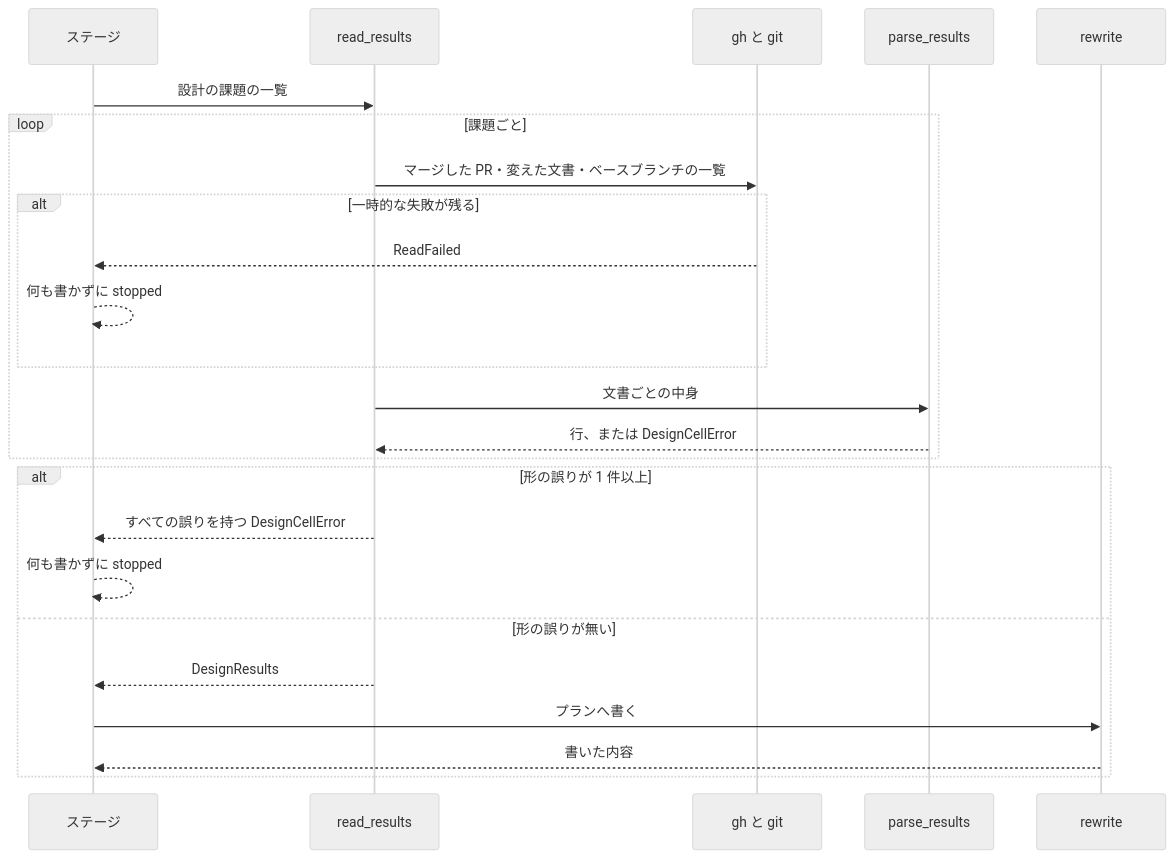
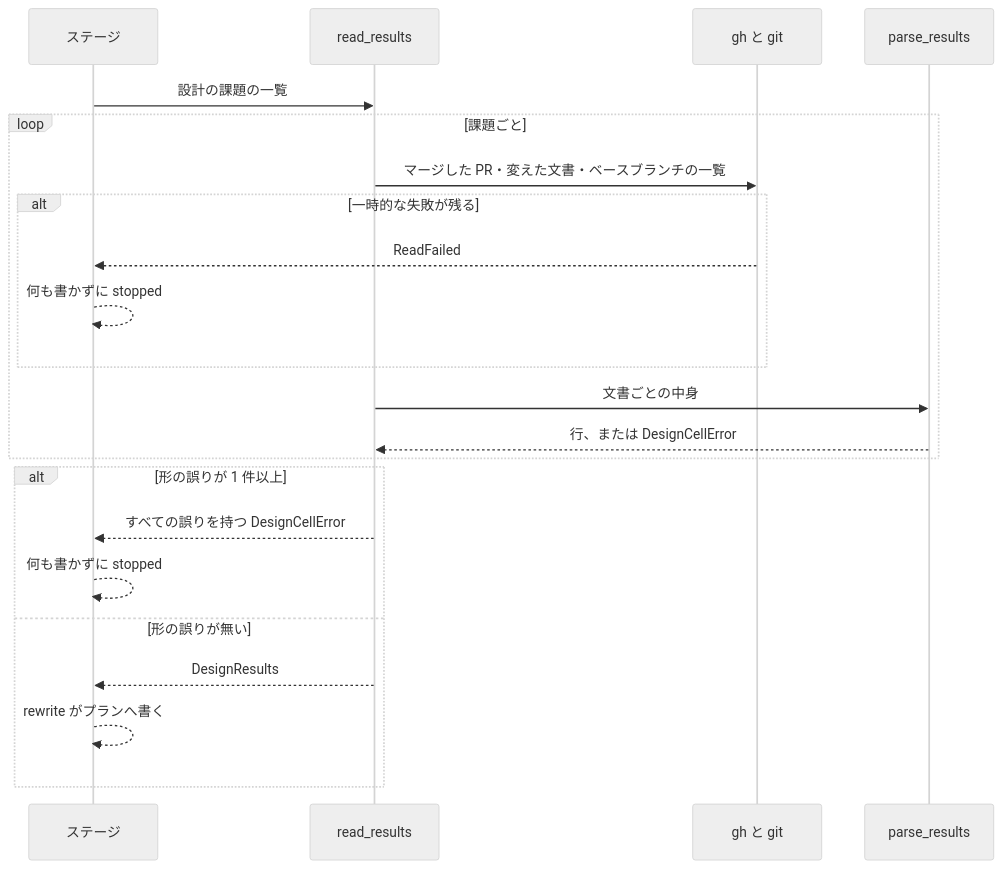
The third of 3 diagrams in issues/issue-2453-design.md (devbasex/ai-plugins), drawn with Mermaid (neutral theme) before and after one commit. The commit also changed other lines of this file, not shown here.

````diff
--- a/issues/issue-2453-design.md
+++ b/issues/issue-2453-design.md
@@ -220,26 +275,24 @@
 ```mermaid
 sequenceDiagram
     participant S as ステージ
     participant R as read_results
     participant G as gh と git
     participant P as parse_results
-    participant W as rewrite
     S->>R: 設計の課題の一覧
     loop 課題ごと
         R->>G: マージした PR・変えた文書・ベースブランチの一覧
         alt 一時的な失敗が残る
             G-->>S: ReadFailed
             S-->>S: 何も書かずに stopped
         end
         R->>P: 文書ごとの中身
         P-->>R: 行、または DesignCellError
     end
     alt 形の誤りが 1 件以上
         R-->>S: すべての誤りを持つ DesignCellError
         S-->>S: 何も書かずに stopped
     else 形の誤りが無い
         R-->>S: DesignResults
-        S->>W: プランへ書く
-        W-->>S: 書いた内容
+        S-->>S: rewrite がプランへ書く
     end
 ```
````
